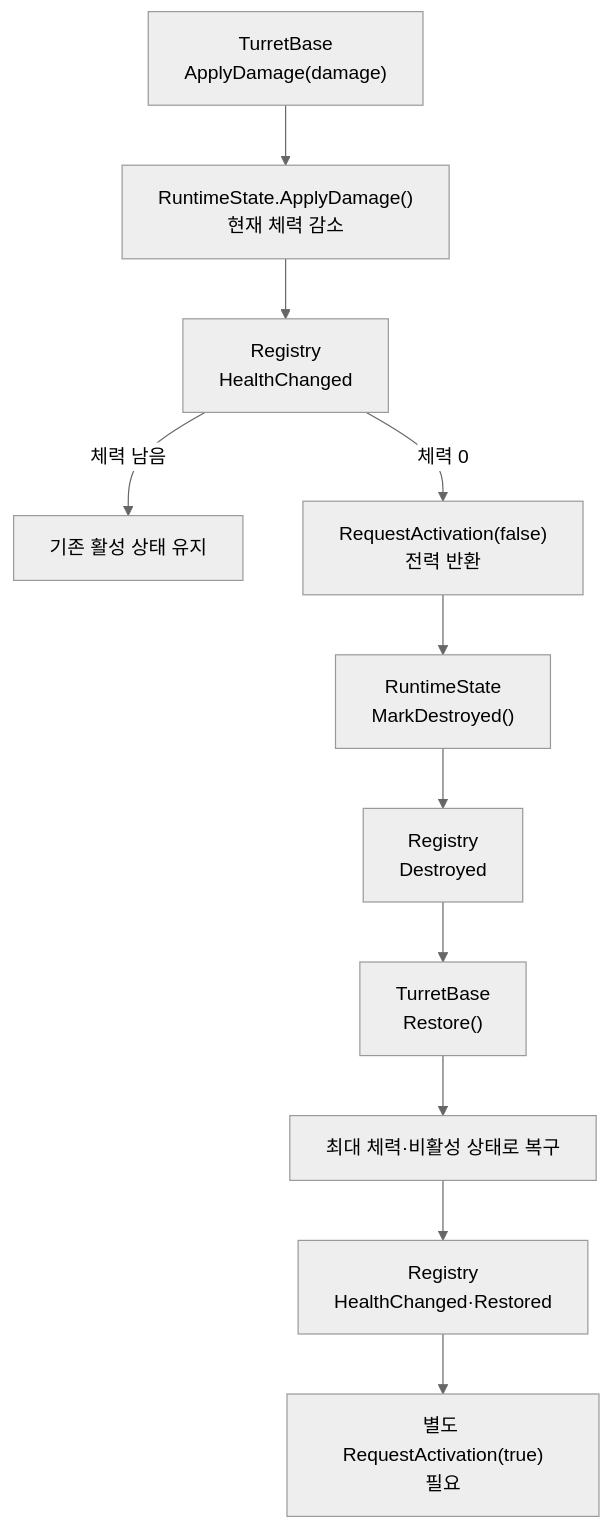
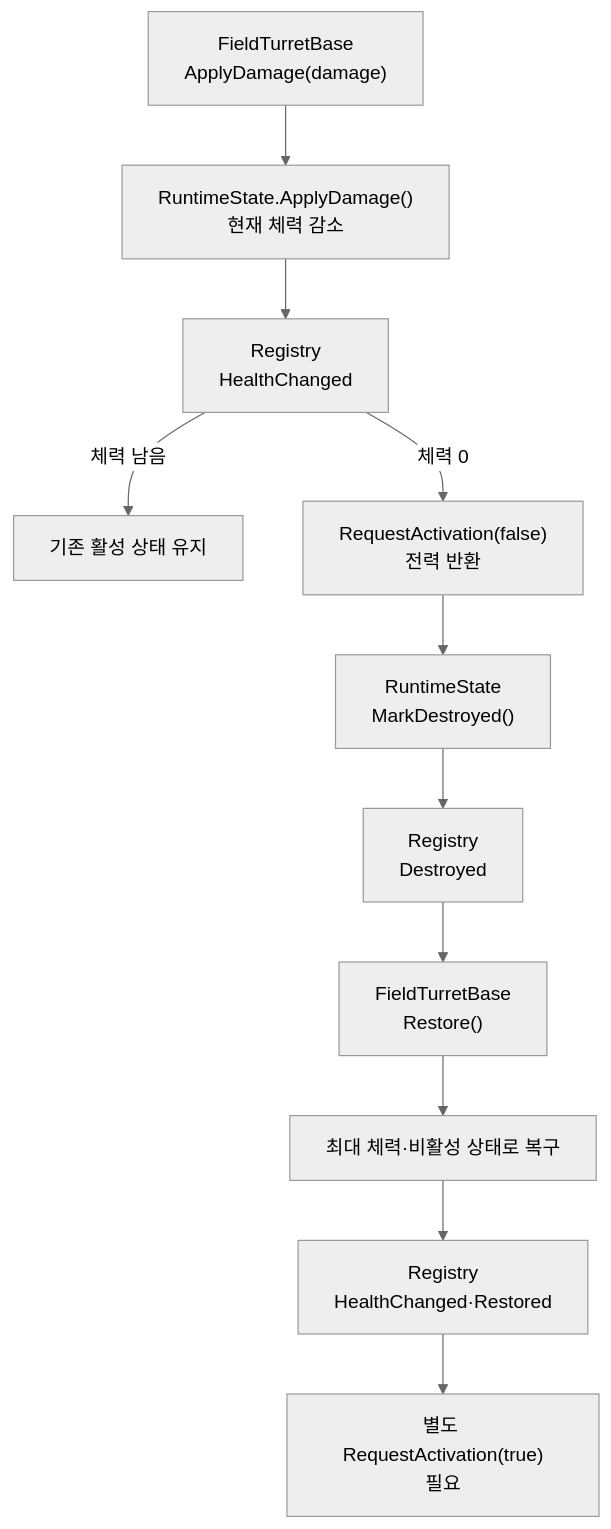
Before and after one commit to Team-HJD-21/unity-6-the-developer: the seventh of 17 diagrams in Docs/architecture/turret-system-guide.md, drawn with Mermaid (neutral theme). The commit also changed other lines of this file and 12 other files, not shown here.

Commit message:
docs(field-turret): update names and migration guide

````diff
--- a/Docs/architecture/turret-system-guide.md
+++ b/Docs/architecture/turret-system-guide.md
@@ -353,13 +355,13 @@
 ```mermaid
 flowchart TD
-    Hit["TurretBase<br>ApplyDamage(damage)"] --> Reduce["RuntimeState.ApplyDamage()<br>현재 체력 감소"]
+    Hit["FieldTurretBase<br>ApplyDamage(damage)"] --> Reduce["RuntimeState.ApplyDamage()<br>현재 체력 감소"]
     Reduce --> HealthEvent["Registry<br>HealthChanged"]
     HealthEvent -->|체력 남음| Alive["기존 활성 상태 유지"]
     HealthEvent -->|체력 0| Off["RequestActivation(false)<br>전력 반환"]
     Off --> Destroyed["RuntimeState<br>MarkDestroyed()"]
     Destroyed --> DestroyEvent["Registry<br>Destroyed"]
-    DestroyEvent --> Restore["TurretBase<br>Restore()"]
+    DestroyEvent --> Restore["FieldTurretBase<br>Restore()"]
     Restore --> Full["최대 체력·비활성 상태로 복구"]
     Full --> RestoreEvent["Registry<br>HealthChanged·Restored"]
     RestoreEvent --> Manual["별도 RequestActivation(true)<br>필요"]
 ```
````
